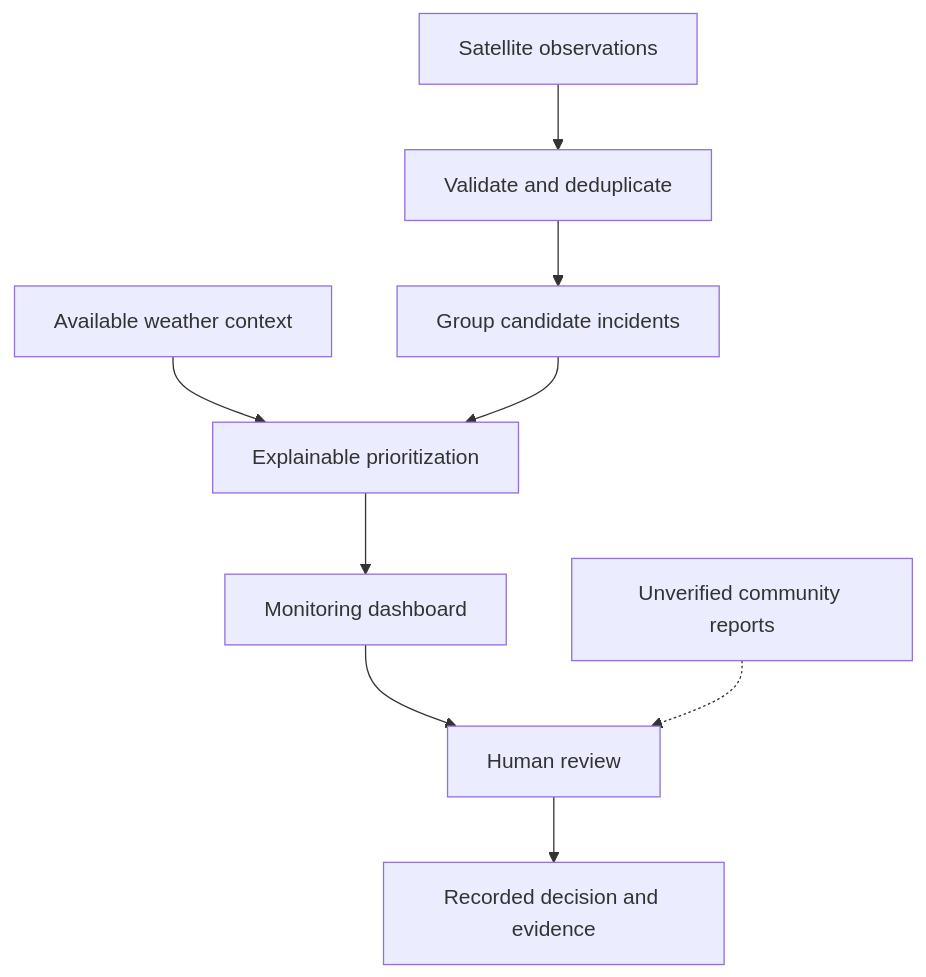
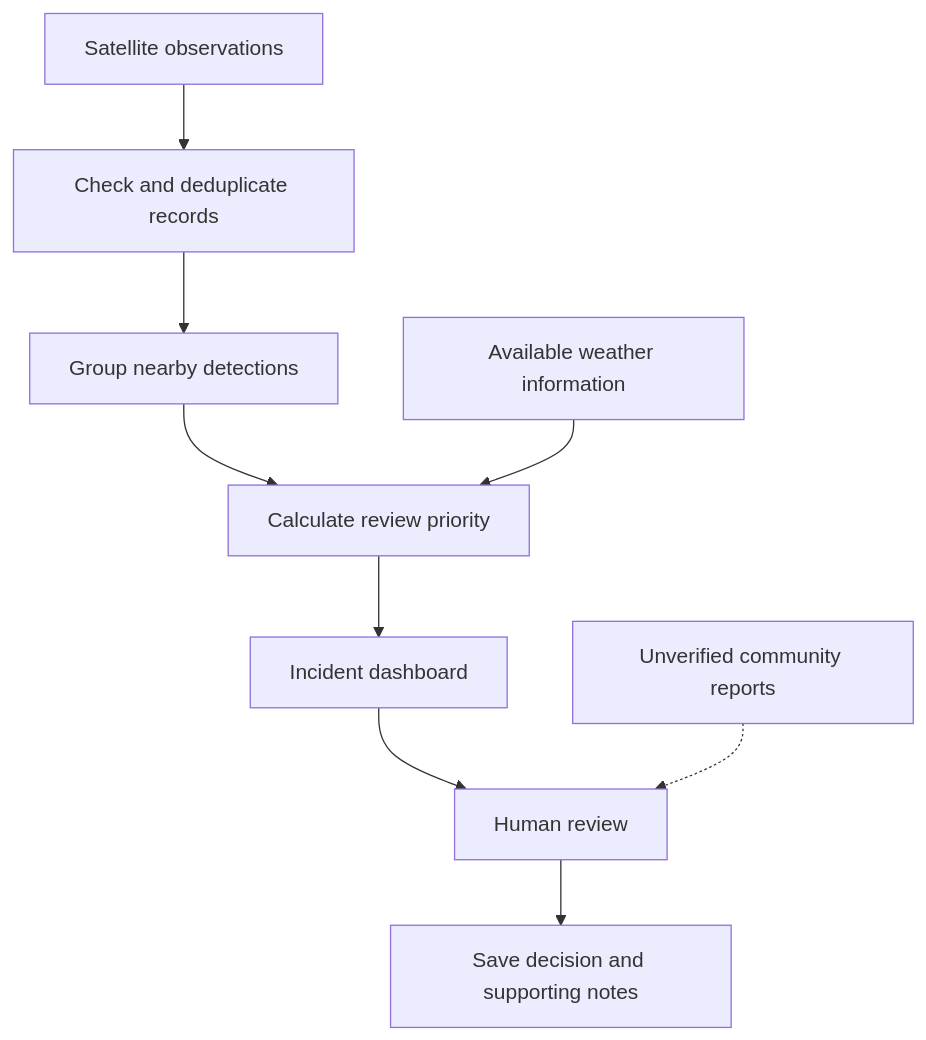
One commit to Clintonosawe/Wildfire-Detection-Monitor changed the diagram in README.md. Above: the diagram before and after it, drawn with Mermaid. The commit also changed other lines of this file, not shown here.

````diff
--- a/README.md
+++ b/README.md
@@ -65,11 +69,11 @@
 ```mermaid
 flowchart TD
-    A[Satellite observations] --> B[Validate and deduplicate]
-    B --> C[Group candidate incidents]
-    W[Available weather context] --> D[Explainable prioritization]
-    C --> D
-    D --> E[Monitoring dashboard]
+    A[Satellite observations] --> B[Check and deduplicate records]
+    B --> C[Group nearby detections]
+    C --> D[Calculate review priority]
+    W[Available weather information] --> D
+    D --> E[Incident dashboard]
     E --> F[Human review]
-    F --> G[Recorded decision and evidence]
     R[Unverified community reports] -.-> F
+    F --> G[Save decision and supporting notes]
 ```
````
